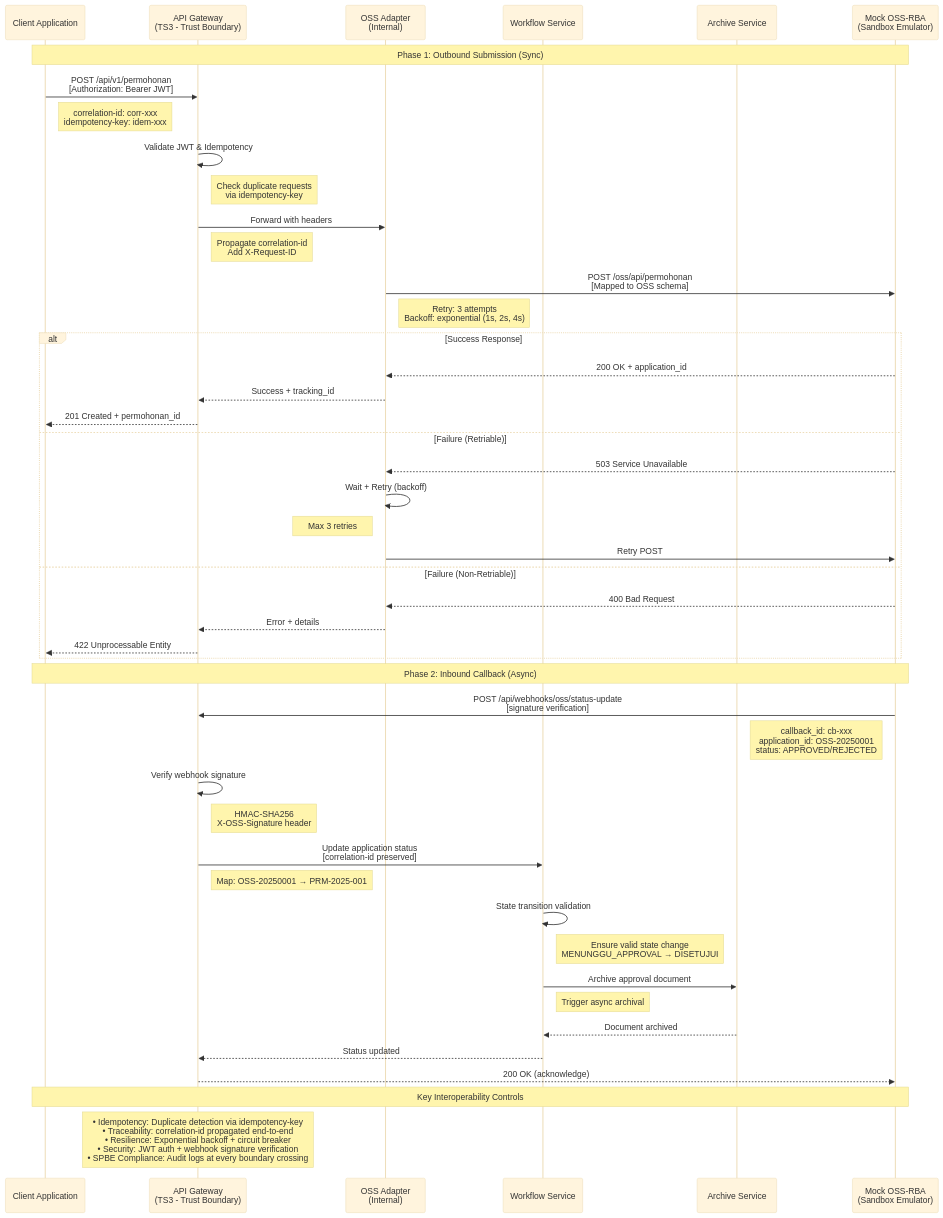
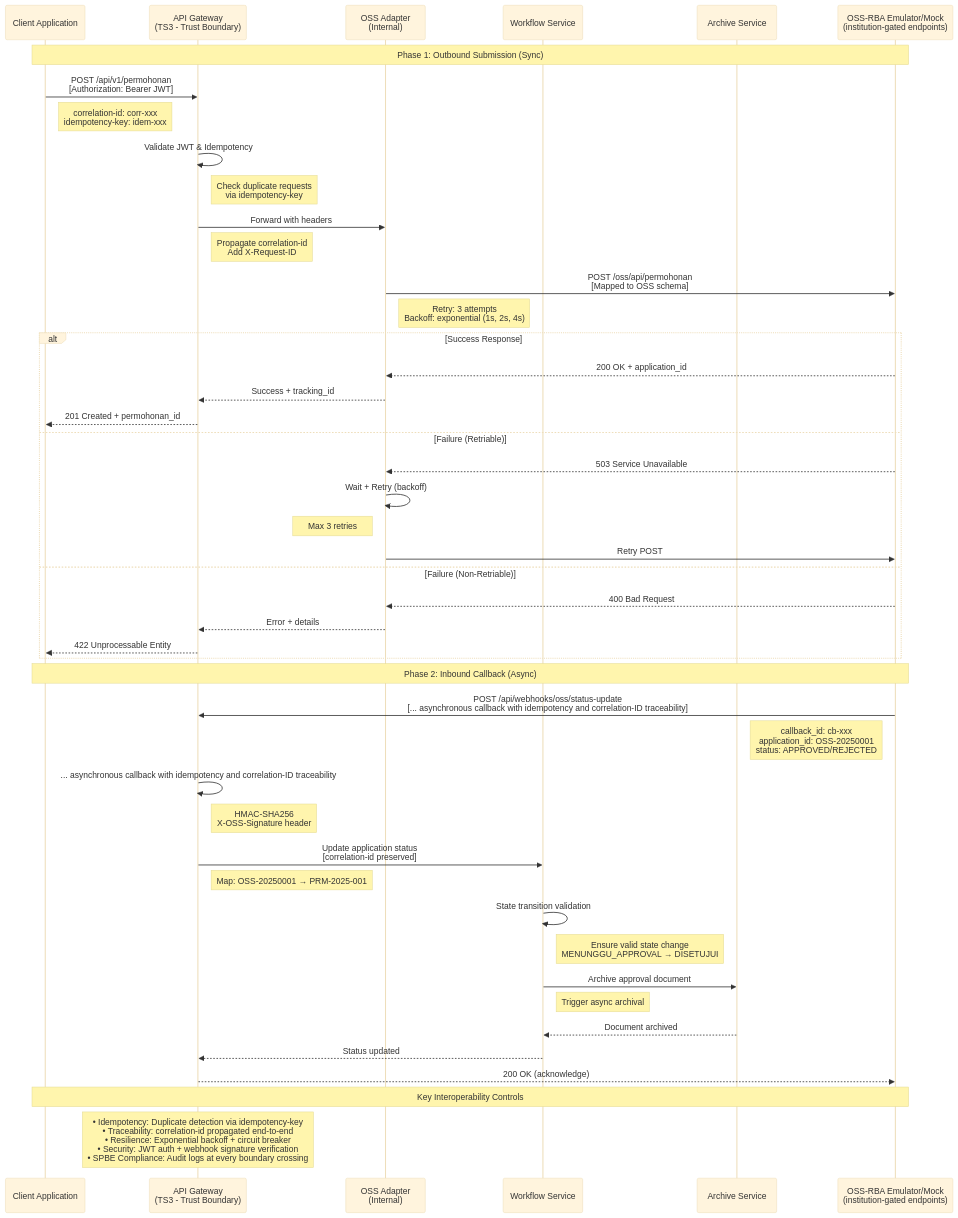
The second of 2 diagrams in interoperability-test-results-2025-12-22.md (jonasbanurea/Elicensing-Platform-Microservices), drawn with Mermaid (base theme) before and after one commit. The commit also changed other lines of this file, not shown here.

````diff
--- a/interoperability-test-results-2025-12-22.md
+++ b/interoperability-test-results-2025-12-22.md
@@ -207,62 +207,62 @@
 ```mermaid
 sequenceDiagram
     participant Client as Client Application
     participant Gateway as API Gateway<br/>(TS3 - Trust Boundary)
     participant OSS_Adapter as OSS Adapter<br/>(Internal)
     participant Workflow as Workflow Service
     participant Archive as Archive Service
-    participant OSS_Emulator as Mock OSS-RBA<br/>(Sandbox Emulator)
+    participant OSS_Emulator as OSS-RBA Emulator/Mock<br/>(institution-gated endpoints)
     
     Note over Client,OSS_Emulator: Phase 1: Outbound Submission (Sync)
     
     Client->>Gateway: POST /api/v1/permohonan<br/>[Authorization: Bearer JWT]
     Note right of Client: correlation-id: corr-xxx<br/>idempotency-key: idem-xxx
     
     Gateway->>Gateway: Validate JWT & Idempotency
     Note right of Gateway: Check duplicate requests<br/>via idempotency-key
     
     Gateway->>OSS_Adapter: Forward with headers
     Note right of Gateway: Propagate correlation-id<br/>Add X-Request-ID
     
     OSS_Adapter->>OSS_Emulator: POST /oss/api/permohonan<br/>[Mapped to OSS schema]
     Note right of OSS_Adapter: Retry: 3 attempts<br/>Backoff: exponential (1s, 2s, 4s)
     
     alt Success Response
         OSS_Emulator-->>OSS_Adapter: 200 OK + application_id
         OSS_Adapter-->>Gateway: Success + tracking_id
         Gateway-->>Client: 201 Created + permohonan_id
     else Failure (Retriable)
         OSS_Emulator-->>OSS_Adapter: 503 Service Unavailable
         OSS_Adapter->>OSS_Adapter: Wait + Retry (backoff)
         Note left of OSS_Adapter: Max 3 retries
         OSS_Adapter->>OSS_Emulator: Retry POST
     else Failure (Non-Retriable)
         OSS_Emulator-->>OSS_Adapter: 400 Bad Request
         OSS_Adapter-->>Gateway: Error + details
         Gateway-->>Client: 422 Unprocessable Entity
     end
     
     Note over Client,OSS_Emulator: Phase 2: Inbound Callback (Async)
     
-    OSS_Emulator->>Gateway: POST /api/webhooks/oss/status-update<br/>[signature verification]
+    OSS_Emulator->>Gateway: POST /api/webhooks/oss/status-update<br/>[... asynchronous callback with idempotency and correlation-ID traceability]
     Note left of OSS_Emulator: callback_id: cb-xxx<br/>application_id: OSS-20250001<br/>status: APPROVED/REJECTED
     
-    Gateway->>Gateway: Verify webhook signature
+    Gateway->>Gateway: ... asynchronous callback with idempotency and correlation-ID traceability
     Note right of Gateway: HMAC-SHA256<br/>X-OSS-Signature header
     
     Gateway->>Workflow: Update application status<br/>[correlation-id preserved]
     Note right of Gateway: Map: OSS-20250001 → PRM-2025-001
     
     Workflow->>Workflow: State transition validation
     Note right of Workflow: Ensure valid state change<br/>MENUNGGU_APPROVAL → DISETUJUI
     
     Workflow->>Archive: Archive approval document
     Note right of Workflow: Trigger async archival
     
     Archive-->>Workflow: Document archived
     Workflow-->>Gateway: Status updated
     Gateway-->>OSS_Emulator: 200 OK (acknowledge)
     
     Note over Client,OSS_Emulator: Key Interoperability Controls
     Note over Gateway: • Idempotency: Duplicate detection via idempotency-key<br/>• Traceability: correlation-id propagated end-to-end<br/>• Resilience: Exponential backoff + circuit breaker<br/>• Security: JWT auth + webhook signature verification<br/>• SPBE Compliance: Audit logs at every boundary crossing
 ```
````
